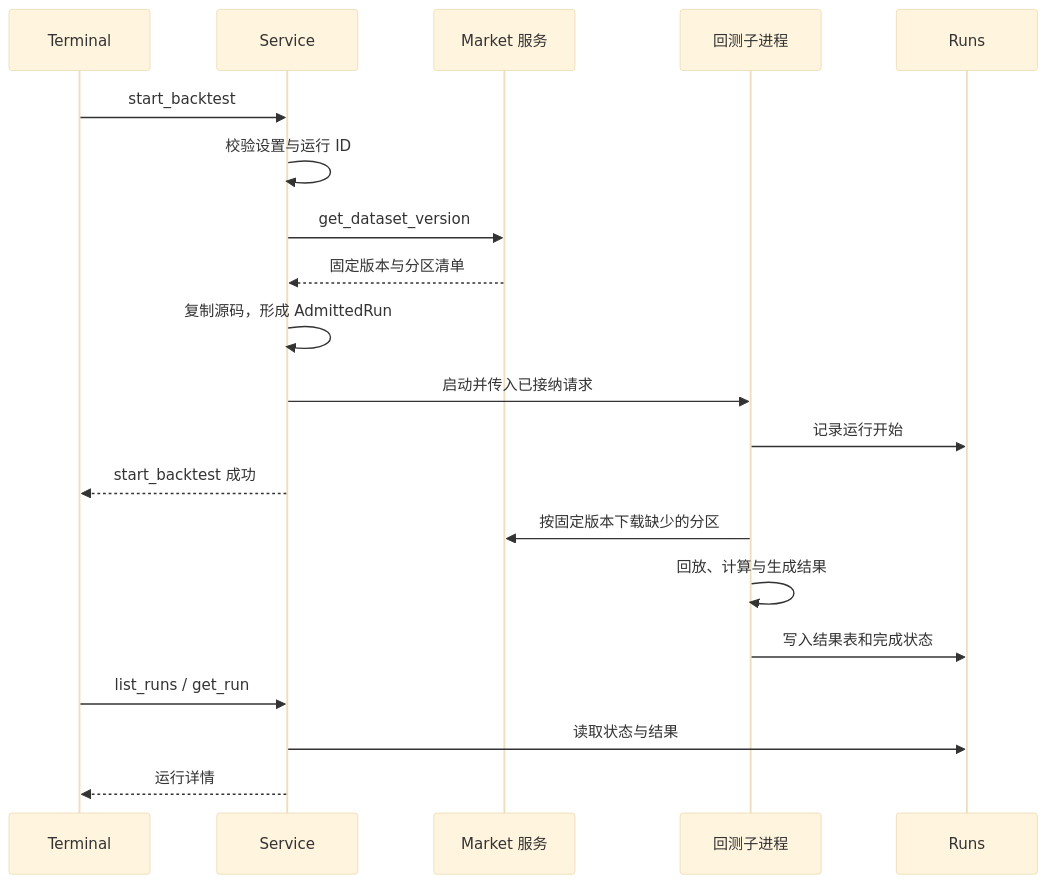
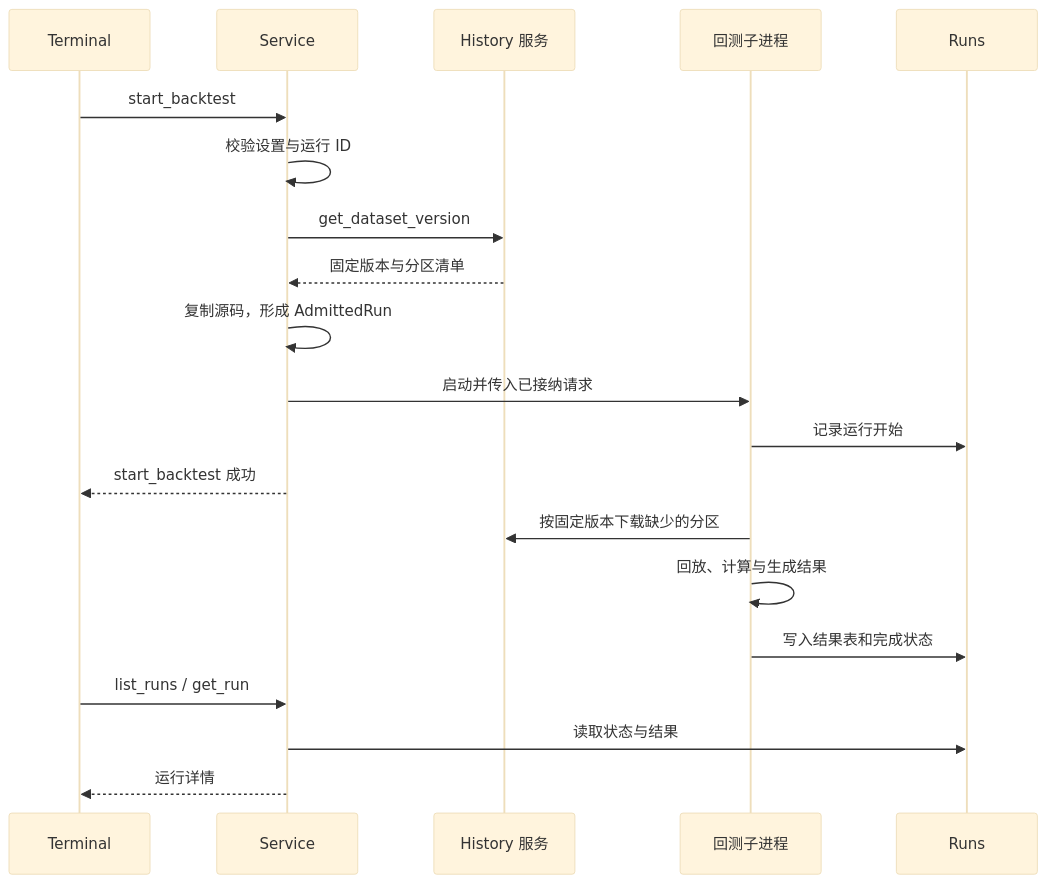
One commit to isqiwen/asterion-terminal changed the third of 3 diagrams in docs/lab/architecture.md. Above: the diagram before and after it, drawn with Mermaid (base theme). The commit also changed other lines of this file and 230 other files, not shown here.

First line of the commit message:
M3.85: rename Market to History

````diff
--- a/docs/lab/architecture.md
+++ b/docs/lab/architecture.md
@@ -77,22 +77,22 @@
 ```mermaid
 sequenceDiagram
     participant UI as Terminal
     participant Service
-    participant Market as Market 服务
+    participant History as History 服务
     participant Child as 回测子进程
     participant Runs
     UI->>Service: start_backtest
     Service->>Service: 校验设置与运行 ID
-    Service->>Market: get_dataset_version
-    Market-->>Service: 固定版本与分区清单
+    Service->>History: get_dataset_version
+    History-->>Service: 固定版本与分区清单
     Service->>Service: 复制源码，形成 AdmittedRun
     Service->>Child: 启动并传入已接纳请求
     Child->>Runs: 记录运行开始
     Service-->>UI: start_backtest 成功
-    Child->>Market: 按固定版本下载缺少的分区
+    Child->>History: 按固定版本下载缺少的分区
     Child->>Child: 回放、计算与生成结果
     Child->>Runs: 写入结果表和完成状态
     UI->>Service: list_runs / get_run
     Service->>Runs: 读取状态与结果
     Service-->>UI: 运行详情
 ```
````
